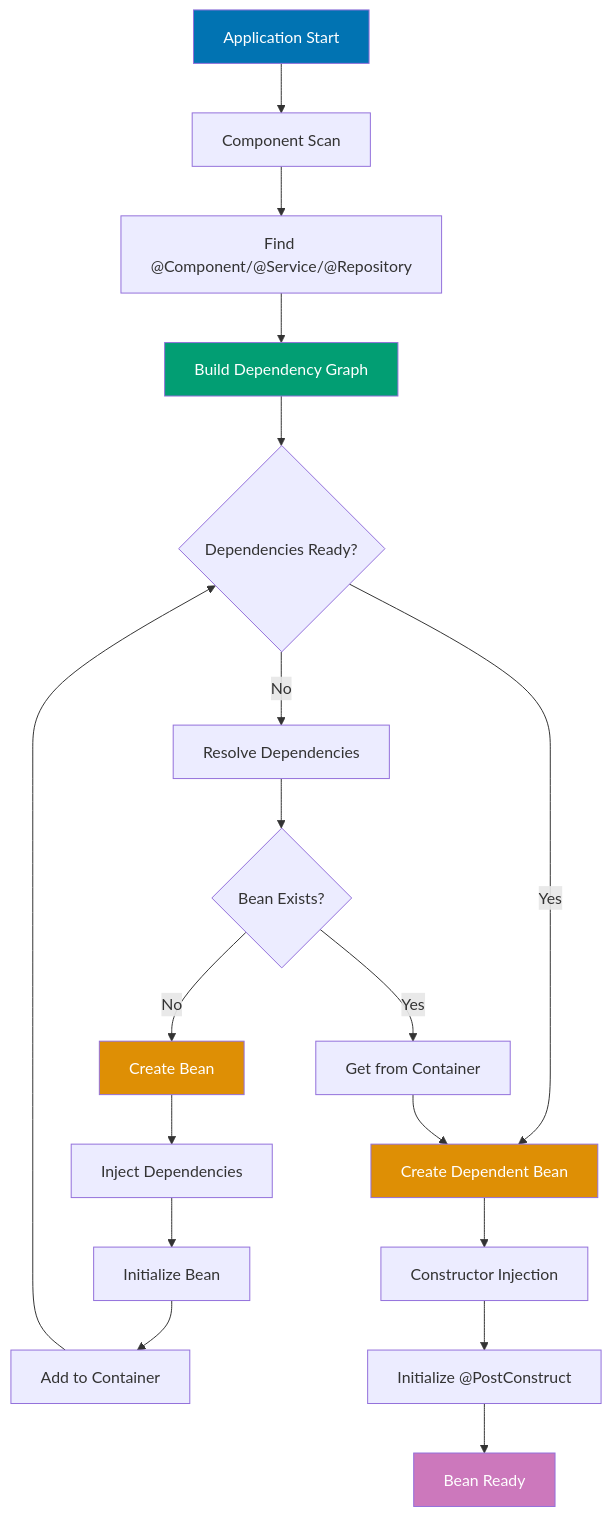
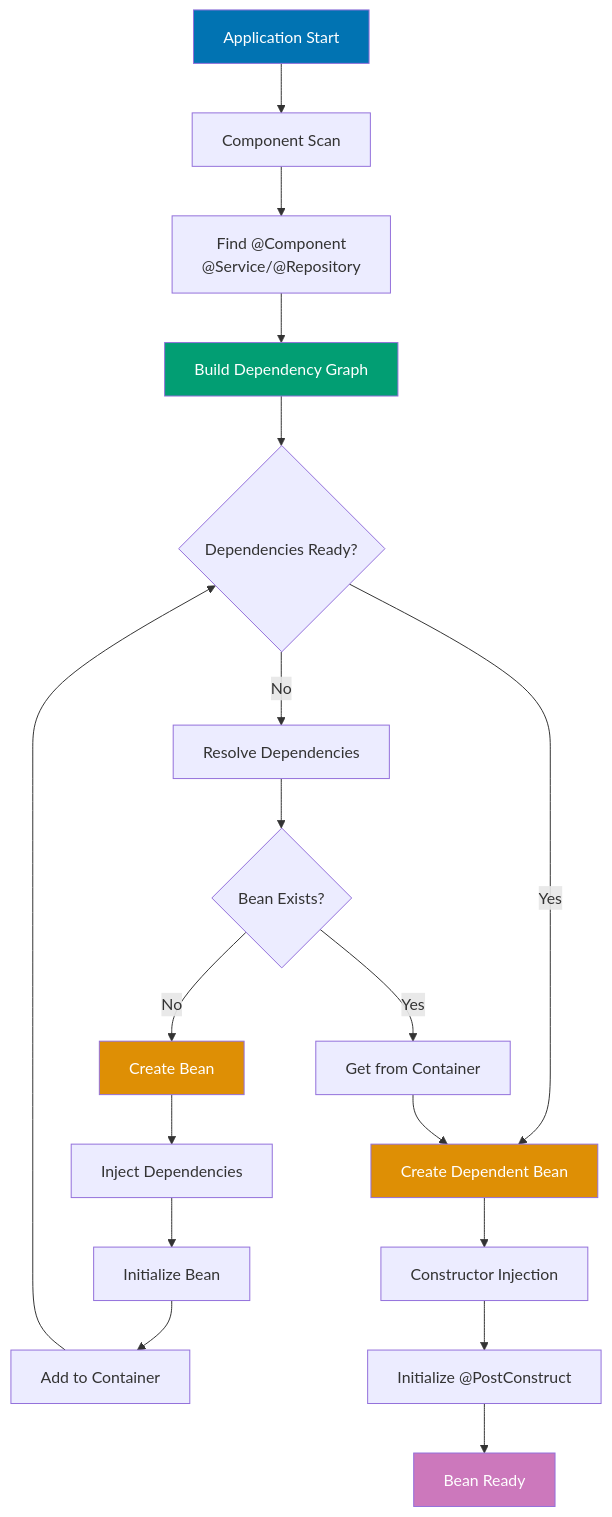
One commit to wahidyankf/open-sharia-enterprise changed the first of 4 diagrams in docs/explanation/software-engineering/platform-web/tools/jvm-spring-boot/dependency-injection.md. Above: the diagram before and after it, drawn with Mermaid. The commit also changed other lines of this file and 22 other files, not shown here.

First line of the commit message:
fix(docs): fix mermaid violations in platform-web docs

````diff
--- a/docs/explanation/software-engineering/platform-web/tools/jvm-spring-boot/dependency-injection.md
+++ b/docs/explanation/software-engineering/platform-web/tools/jvm-spring-boot/dependency-injection.md
@@ -66,32 +66,32 @@
 ```mermaid
 %% Color Palette: Blue #0173B2, Orange #DE8F05, Teal #029E73, Purple #CC78BC
 %% All colors are color-blind friendly and meet WCAG AA contrast standards
 
 graph TD
     A[Application Start] --> B[Component Scan]
-    B --> C[Find @Component/@Service/@Repository]
+    B --> C[Find @Component<br/>@Service/@Repository]
     C --> D[Build Dependency Graph]
 
     D --> E{Dependencies Ready?}
     E -->|No| F[Resolve Dependencies]
     F --> G{Bean Exists?}
     G -->|Yes| H[Get from Container]
     G -->|No| I[Create Bean]
     I --> J[Inject Dependencies]
     J --> K[Initialize Bean]
     K --> L[Add to Container]
     L --> E
 
     E -->|Yes| M[Create Dependent Bean]
     M --> N[Constructor Injection]
     N --> O[Initialize @PostConstruct]
     O --> P[Bean Ready]
 
     H --> M
 
     style A fill:#0173B2,color:#fff
     style D fill:#029E73,color:#fff
     style I fill:#DE8F05,color:#fff
     style M fill:#DE8F05,color:#fff
     style P fill:#CC78BC,color:#fff
 ```
````
